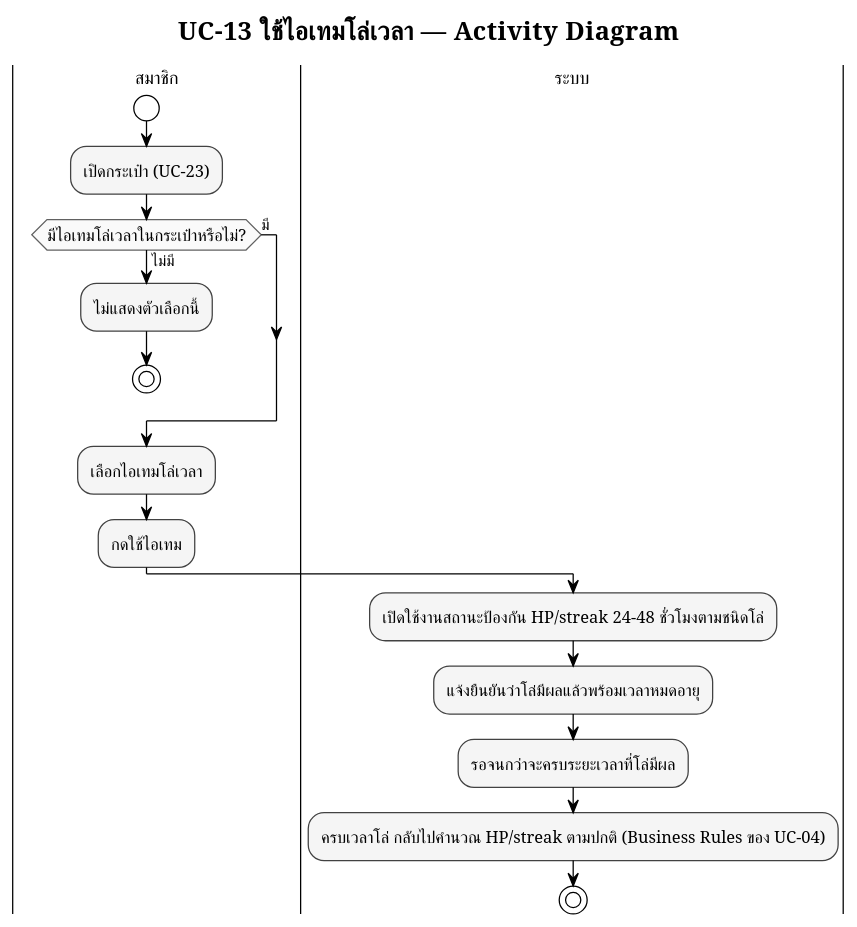
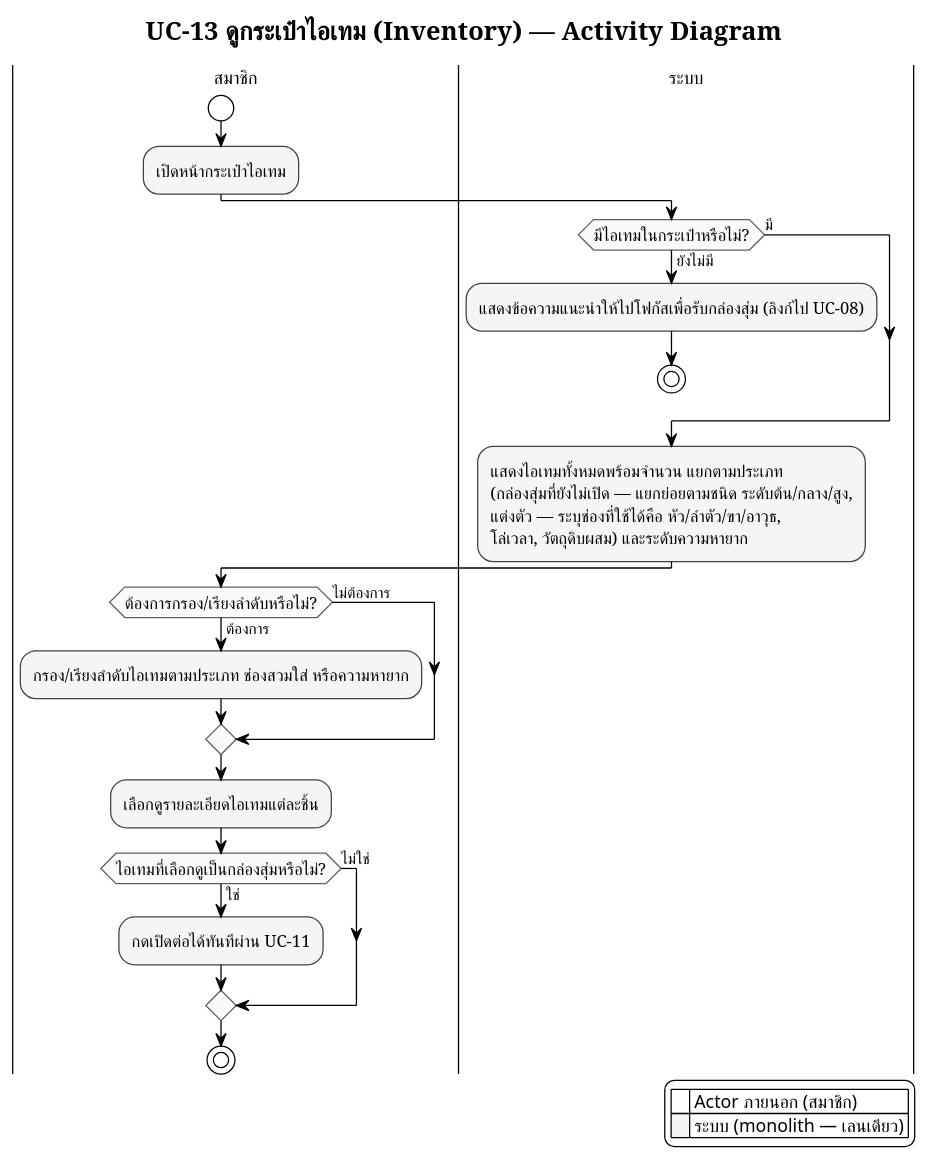
One commit to popotaroman-cloud/dssiprj-pad changed the diagram in proposal/usecase/activity_module3_uc13.puml. Above: the diagram before and after it, drawn with PlantUML. The commit also changed 55 other files, not shown here.

```diff
--- a/proposal/usecase/activity_module3_uc13.puml
+++ b/proposal/usecase/activity_module3_uc13.puml
@@ -1,47 +1,59 @@
-@startuml M3_activity_ใช้ไอเทมโล่เวลา
+@startuml M3_activity_ดูกระเป๋าไอเทม
 !pragma layout smetana
 skinparam defaultFontName "TH Sarabun New"
 skinparam defaultFontSize 14
 
 !theme plain
 skinparam titleFontName "TH Sarabun New"
 skinparam titleFontSize 20
 skinparam noteFontName "TH Sarabun New"
 skinparam ArrowFontName "TH Sarabun New"
 skinparam ArrowFontSize 12
 skinparam swimlaneTitleFontName "TH Sarabun New"
 skinparam swimlaneTitleFontSize 14
 
 skinparam activity {
   BackgroundColor #F5F5F5
   BorderColor #424242
   FontName "TH Sarabun New"
   FontSize 13
   DiamondBackgroundColor #FAFAFA
   DiamondBorderColor #616161
 }
 
-title UC-13 ใช้ไอเทมโล่เวลา — Activity Diagram
+title UC-13 ดูกระเป๋าไอเทม (Inventory) — Activity Diagram
 
 |สมาชิก|
 start
-:เปิดกระเป๋า (UC-23);
+:เปิดหน้ากระเป๋าไอเทม;
 
-if (มีไอเทมโล่เวลาในกระเป๋าหรือไม่?) then (ไม่มี)
-  :ไม่แสดงตัวเลือกนี้;
+|ระบบ|
+if (มีไอเทมในกระเป๋าหรือไม่?) then (ยังไม่มี)
+  :แสดงข้อความแนะนำให้ไปโฟกัสเพื่อรับกล่องสุ่ม (ลิงก์ไป UC-08);
   stop
 else (มี)
 endif
 
-:เลือกไอเทมโล่เวลา;
-:กดใช้ไอเทม;
+:แสดงไอเทมทั้งหมดพร้อมจำนวน แยกตามประเภท\n(กล่องสุ่มที่ยังไม่เปิด — แยกย่อยตามชนิด ระดับต้น/กลาง/สูง,\nแต่งตัว — ระบุช่องที่ใช้ได้คือ หัว/ลำตัว/ขา/อาวุธ,\nโล่เวลา, วัตถุดิบผสม) และระดับความหายาก;
 
-|ระบบ|
-:เปิดใช้งานสถานะป้องกัน HP/streak 24-48 ชั่วโมงตามชนิดโล่;
-:แจ้งยืนยันว่าโล่มีผลแล้วพร้อมเวลาหมดอายุ;
-:รอจนกว่าจะครบระยะเวลาที่โล่มีผล;
-:ครบเวลาโล่ กลับไปคำนวณ HP/streak ตามปกติ (Business Rules ของ UC-04);
+|สมาชิก|
+if (ต้องการกรอง/เรียงลำดับหรือไม่?) then (ต้องการ)
+  :กรอง/เรียงลำดับไอเทมตามประเภท ช่องสวมใส่ หรือความหายาก;
+else (ไม่ต้องการ)
+endif
+
+:เลือกดูรายละเอียดไอเทมแต่ละชิ้น;
+
+if (ไอเทมที่เลือกดูเป็นกล่องสุ่มหรือไม่?) then (ใช่)
+  :กดเปิดต่อได้ทันทีผ่าน UC-11;
+else (ไม่ใช่)
+endif
 
 stop
 
+legend right
+  |<back:white>    </back>| Actor ภายนอก (สมาชิก) |
+  |<back:#F5F5F5>    </back>| ระบบ (monolith — เลนเดียว) |
+endlegend
+
 @enduml
```
